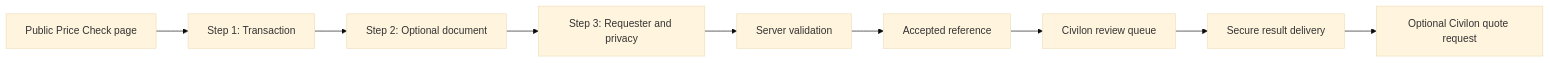
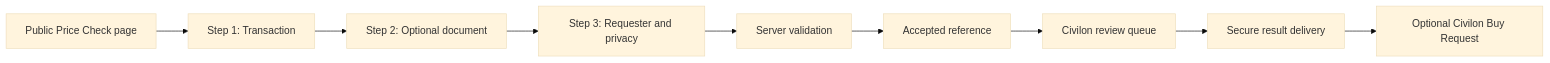
Before and after one commit to hakannex-svg/cvlon-site: the diagram in docs/PRICE-CHECK-PRD.md, drawn with Mermaid (base theme). The commit also changed other lines of this file and 24 other files, not shown here.

````diff
--- a/docs/PRICE-CHECK-PRD.md
+++ b/docs/PRICE-CHECK-PRD.md
@@ -93,11 +93,11 @@
 ```mermaid
 flowchart LR
   A[Public Price Check page] --> B[Step 1: Transaction]
   B --> C[Step 2: Optional document]
   C --> D[Step 3: Requester and privacy]
   D --> E[Server validation]
   E --> F[Accepted reference]
   F --> G[Civilon review queue]
   G --> H[Secure result delivery]
-  H --> I[Optional Civilon quote request]
+  H --> I[Optional Civilon Buy Request]
 ```
````
